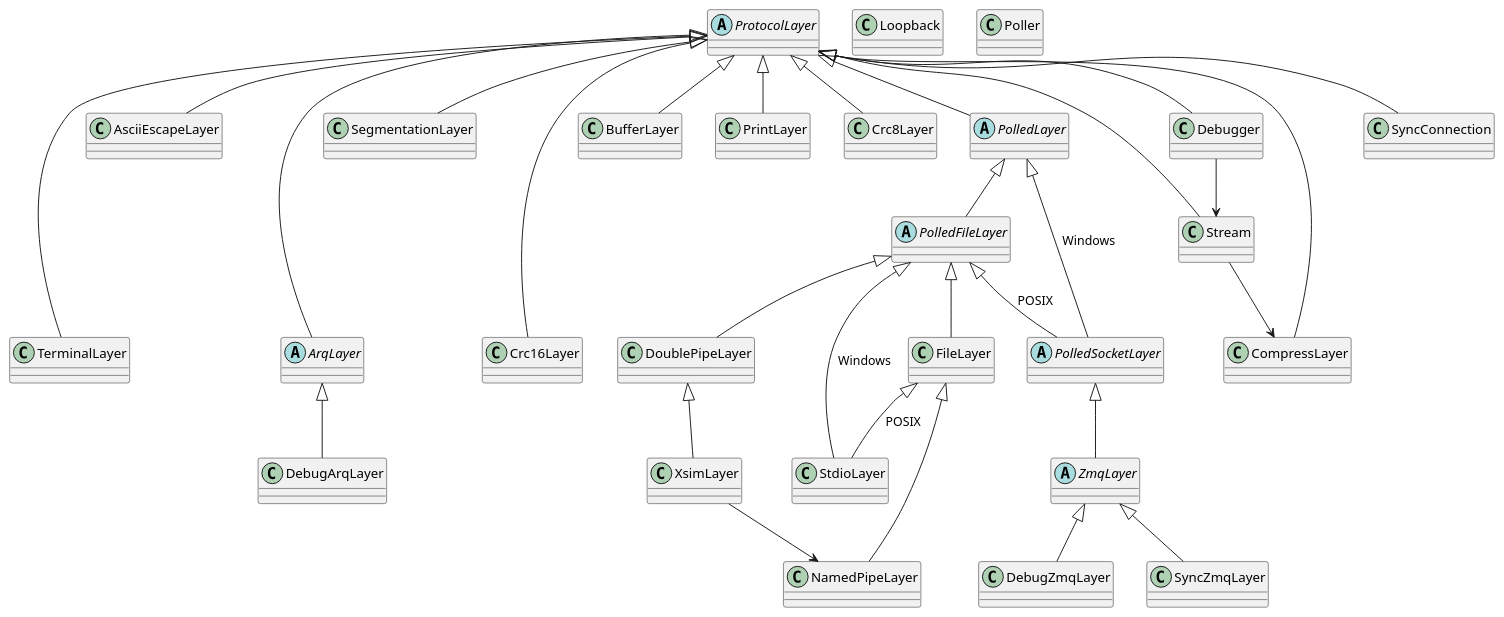
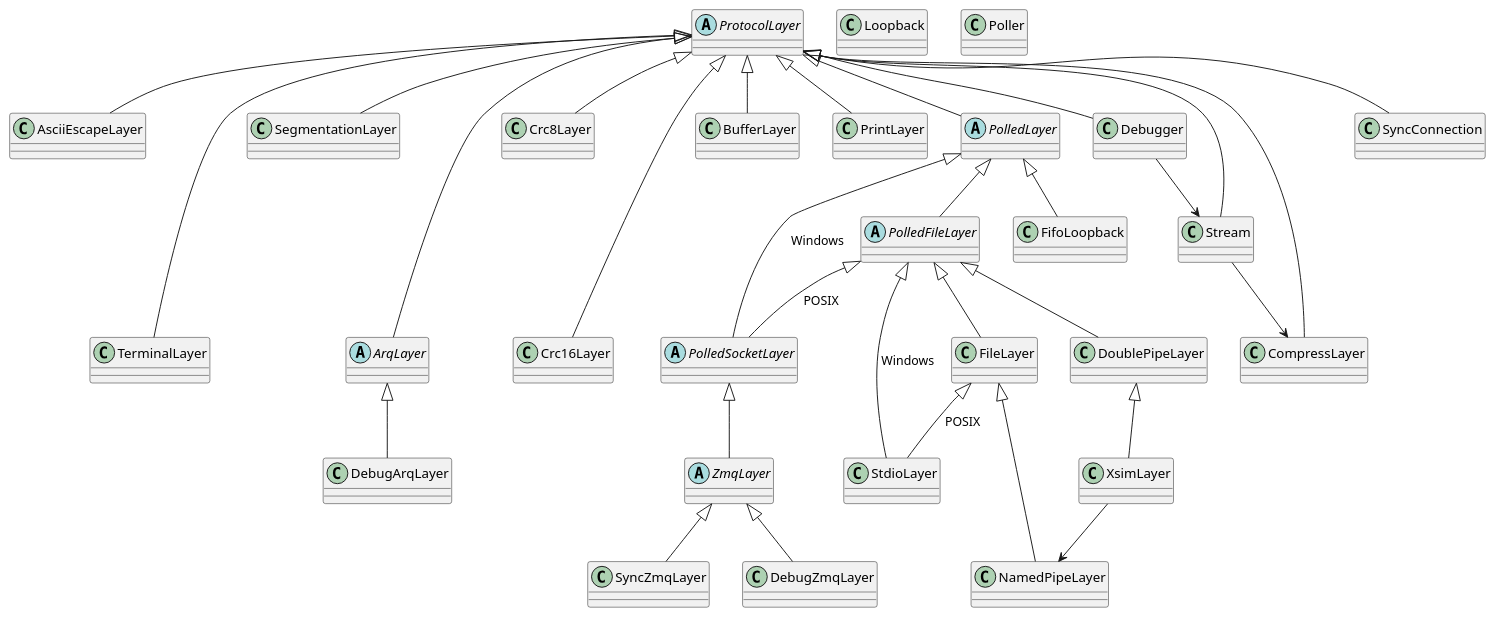
The diagram in sphinx/doc/cpp_protocol.rst (DEMCON/libstored), drawn with PlantUML before and after one commit. The commit also changed other lines of this file and 5 other files, not shown here.

Commit message:
add FifoLoopback

```diff
--- a/sphinx/doc/cpp_protocol.rst
+++ b/sphinx/doc/cpp_protocol.rst
@@ -70,47 +70,48 @@
 .. uml::
 
    abstract ProtocolLayer
    ProtocolLayer <|-- AsciiEscapeLayer
    ProtocolLayer <|-- TerminalLayer
    AsciiEscapeLayer -[hidden]--> TerminalLayer
    ProtocolLayer <|-- SegmentationLayer
    ProtocolLayer <|-- Crc8Layer
    ProtocolLayer <|-- Crc16Layer
    Crc8Layer -[hidden]--> Crc16Layer
    ProtocolLayer <|-- BufferLayer
    ProtocolLayer <|-- PrintLayer
 
    abstract ArqLayer
    SegmentationLayer -[hidden]--> ArqLayer
    ProtocolLayer <|-- ArqLayer
    ArqLayer <|-- DebugArqLayer
 
    abstract PolledLayer
    abstract PolledFileLayer
    abstract PolledSocketLayer
    ProtocolLayer <|-- PolledLayer
    PolledLayer <|-- PolledFileLayer
    PolledFileLayer <|-- FileLayer
    FileLayer <|-- NamedPipeLayer
    PolledFileLayer <|-- DoublePipeLayer
    DoublePipeLayer <|-- XsimLayer
    XsimLayer --> NamedPipeLayer
    PolledLayer <|-- PolledSocketLayer : Windows
    PolledFileLayer <|-- PolledSocketLayer : POSIX
    PolledFileLayer <|-- StdioLayer : Windows
    FileLayer <|-- StdioLayer : POSIX
    ProtocolLayer <|-- CompressLayer
+   PolledLayer <|-- FifoLoopback
 
    ProtocolLayer <|-- Stream
    Debugger --> Stream
    Stream --> CompressLayer
    ProtocolLayer <|-- Debugger
    ProtocolLayer <|-- SyncConnection
 
    abstract ZmqLayer
    PolledSocketLayer <|-- ZmqLayer
    ZmqLayer <|-- DebugZmqLayer
    ZmqLayer <|-- SyncZmqLayer
 
    class Loopback
    class Poller
```
